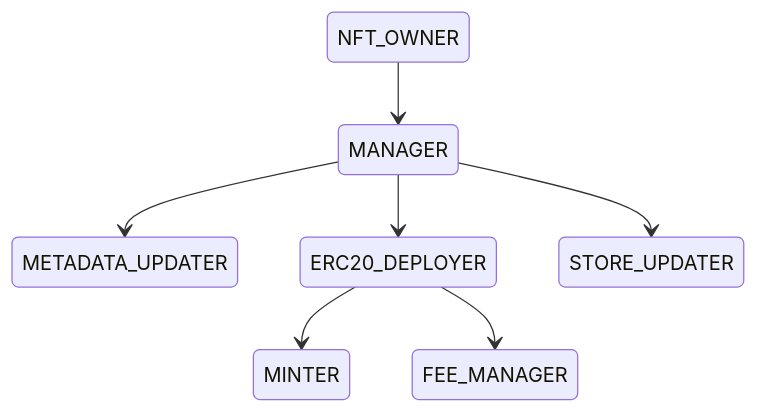
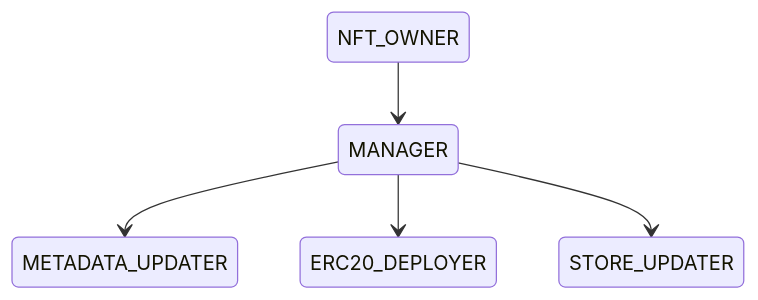
One commit to oceanprotocol/docs changed the first of 2 diagrams in developers/contracts/roles.md. Above: the diagram before and after it, drawn with Mermaid. The commit also changed other lines of this file, not shown here.

````diff
--- a/developers/contracts/roles.md
+++ b/developers/contracts/roles.md
@@ -20,9 +20,7 @@
 ```mermaid
 stateDiagram-v2
     NFT_OWNER --> MANAGER
     MANAGER --> METADATA_UPDATER
     MANAGER --> ERC20_DEPLOYER
     MANAGER --> STORE_UPDATER
-    ERC20_DEPLOYER --> MINTER
-    ERC20_DEPLOYER --> FEE_MANAGER
 ```
````
